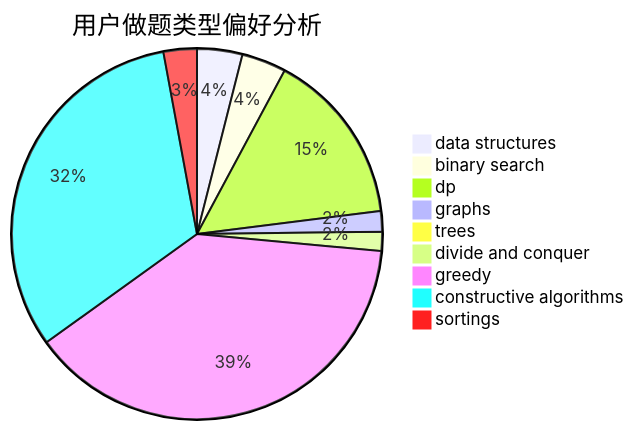
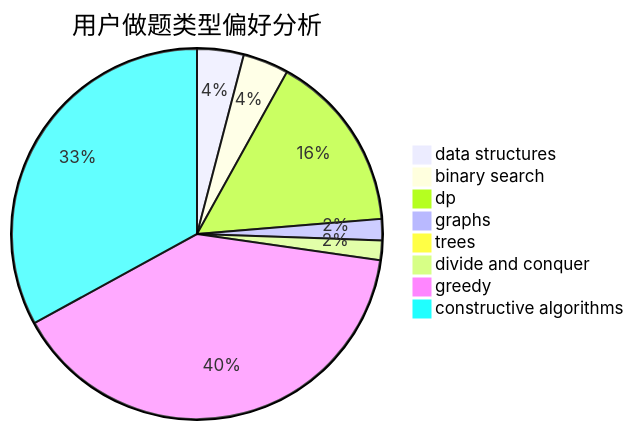
Before and after one commit to sherpahu/cfrs.github.io: the second of 3 diagrams in docs/user/u1673.md, drawn with Mermaid. The commit also changed other lines of this file and 2769 other files, not shown here.

````diff
--- a/docs/user/u1673.md
+++ b/docs/user/u1673.md
@@ -18,12 +18,11 @@
 ```mermaid
 pie title 用户做题类型偏好分析
     "data structures" :  57
     "binary search" :  56
     "dp" :  219
     "graphs" :  26
     "trees" :  3
     "divide and conquer" :  24
     "greedy" :  557
     "constructive algorithms" :  462
-    "sortings" :  42
 ```
````
